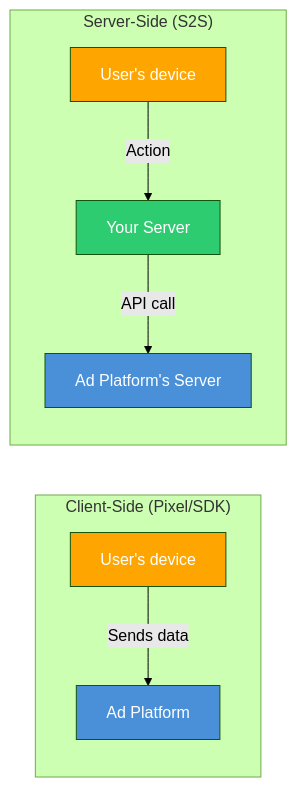
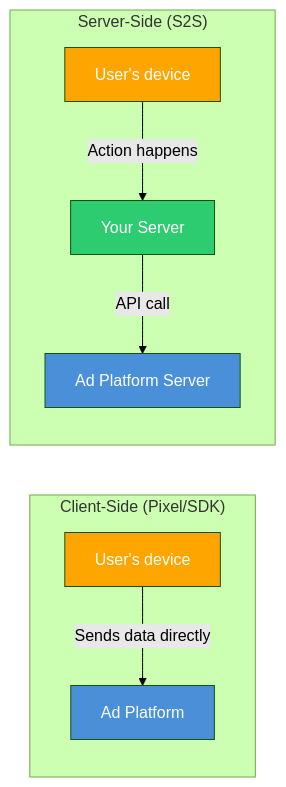
The second of 3 diagrams in concepts/tracking-and-attribution.mdx (saanghyuk/ship-your-ads), drawn with Mermaid (forest theme) before and after one commit. The commit also changed other lines of this file and 47 other files, not shown here.

````diff
--- a/concepts/tracking-and-attribution.mdx
+++ b/concepts/tracking-and-attribution.mdx
@@ -121,17 +123,17 @@
 ```mermaid
 graph LR
     subgraph Traditional["Client-Side (Pixel/SDK)"]
-        A1["User's device"] -->|Sends data| B1["Ad Platform"]
+        A1["User's device"] -->|Sends data directly| B1["Ad Platform"]
     end
 
     subgraph ServerSide["Server-Side (S2S)"]
-        A2["User's device"] -->|Action| B2["Your Server"]
-        B2 -->|API call| C2["Ad Platform's Server"]
+        A2["User's device"] -->|Action happens| B2["Your Server"]
+        B2 -->|API call| C2["Ad Platform Server"]
     end
 
     style A1 fill:#FFA500,color:#fff
     style B1 fill:#4A90D9,color:#fff
     style A2 fill:#FFA500,color:#fff
     style B2 fill:#2ECC71,color:#fff
     style C2 fill:#4A90D9,color:#fff
 ```
````
